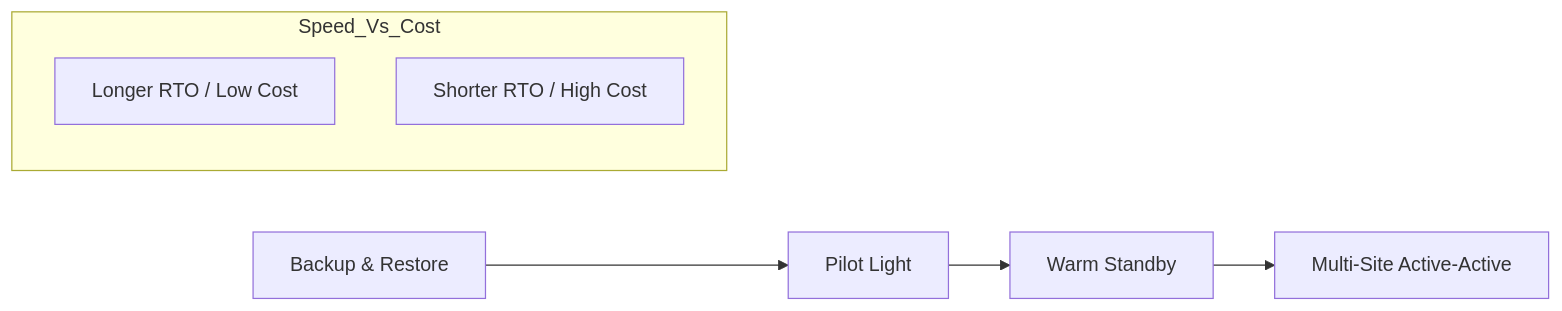
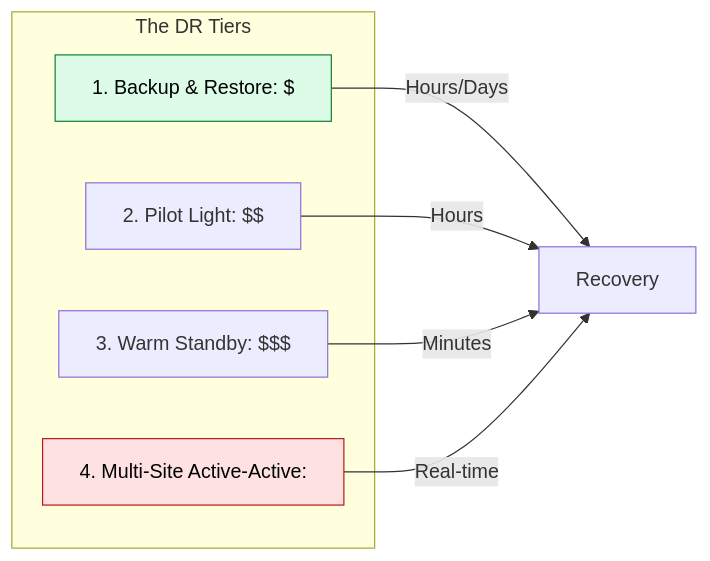
Before and after one commit to Ganil151/Devops: the diagram in 2-Intermediate/01-Phase-1/01-Networking/08-High-Availability-and-Multi-Region/02-Disaster-Recovery-Strategies/README.md, drawn with Mermaid. The commit also changed other lines of this file and 51 other files, not shown here.

````diff
--- a/2-Intermediate/01-Phase-1/01-Networking/08-High-Availability-and-Multi-Region/02-Disaster-Recovery-Strategies/README.md
+++ b/2-Intermediate/01-Phase-1/01-Networking/08-High-Availability-and-Multi-Region/02-Disaster-Recovery-Strategies/README.md
@@ -23,12 +5,17 @@
 ```mermaid
 graph LR
-    A[Backup & Restore] --> B[Pilot Light]
-    B --> C[Warm Standby]
-    C --> D[Multi-Site Active-Active]
+    subgraph Speed_Vs_Cost[The DR Tiers]
+        BR[1. Backup & Restore: $]
+        PL[2. Pilot Light: $$]
+        WS[3. Warm Standby: $$$]
+        MS[4. Multi-Site Active-Active: $$$$]
+    end
 
-subgraph Speed_Vs_Cost
-    direction TB
-    S[Longer RTO / Low Cost]
-    F[Shorter RTO / High Cost]
-    end
+    BR -->|Hours/Days| Recovery
+    PL -->|Hours| Recovery
+    WS -->|Minutes| Recovery
+    MS -->|Real-time| Recovery
+
+    style MS fill:#fee2e2,stroke:#b91c1c,color:#000
+    style BR fill:#dcfce7,stroke:#15803d,color:#000
 ```
````
